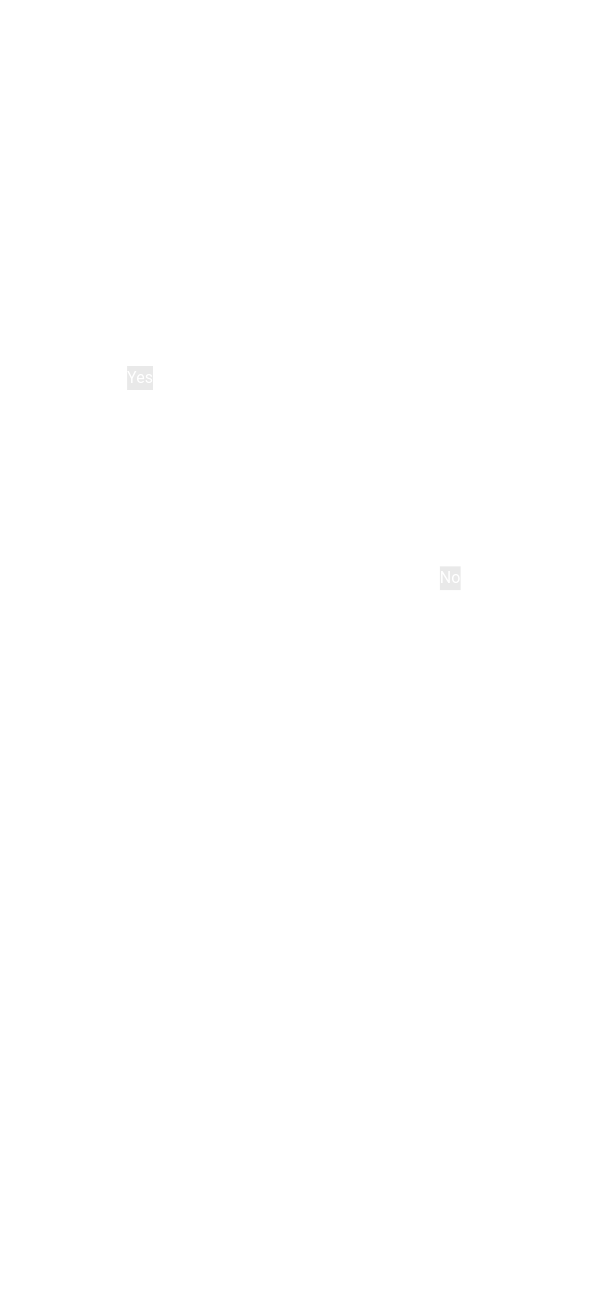
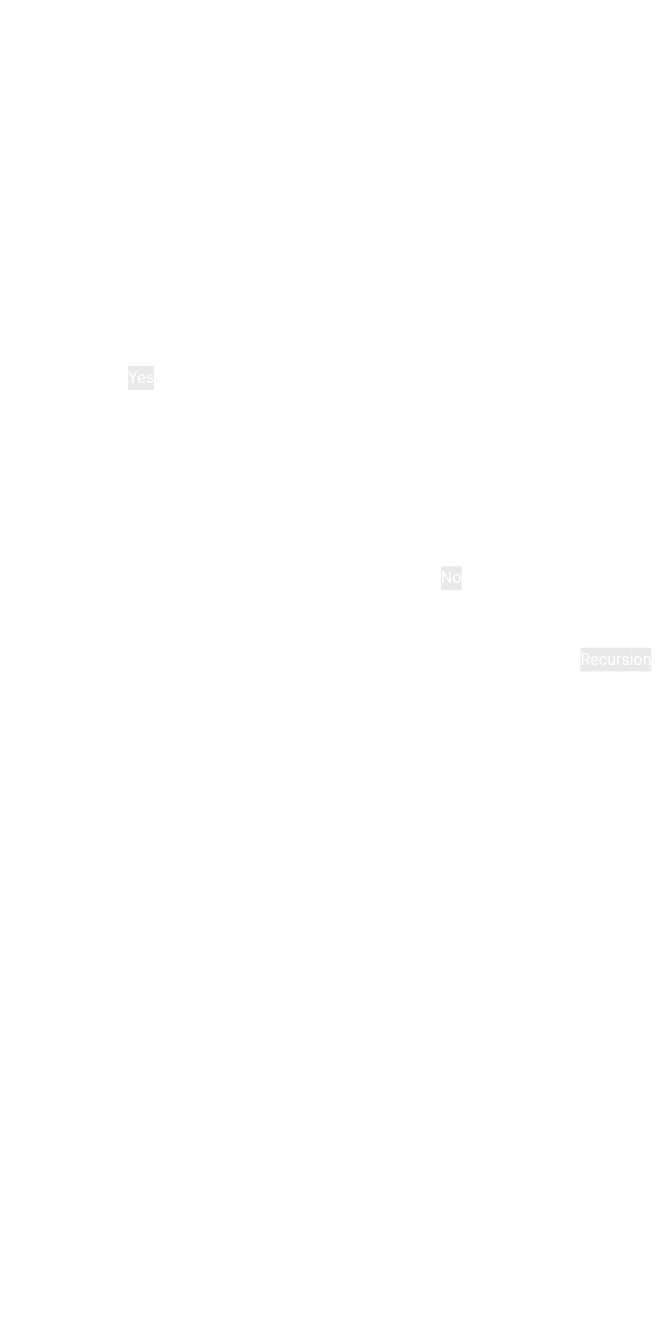
One commit to kamilrybacki/Phaistos changed the diagram in docs/getting-started/main-features.md. Above: the diagram before and after it, drawn with Mermaid.

Commit message:
refactor: Improve nested schema transpilation for dict-type fields

````diff
--- a/docs/getting-started/main-features.md
+++ b/docs/getting-started/main-features.md
@@ -26,26 +26,27 @@
 ```mermaid
 %%{
   init: {
     'themeVariables': {
       'lineColor': '#fff',
       'textColor': '#fff'
     }
   }
 }%%
 flowchart TD
     A[Parsing schema for custom data types in YAML manifests] --> B[Transpiling properties into Pydantic Field objects]
     B --> C{{Field contains custom data validator?}}
     C -->|Yes| C1[Extract validator code from schema]
     C1 --> C2[Inject into default validator function before return statement]
     C2 --> C3[Shadow critical Python modules e.g. block os module]
     C3 --> C4[Compile validator function and return]
     C -->|No| D[Skip custom code injection]
     C4 --> E[For list-type fields: add validation for each element type]
     D --> E
-    E --> F[For dict-type fields: transpile as nested schema recursively]
+    E --> F[For dict-type fields: transpile as nested schema]
+    F --> |Recursion|B
     F --> G[Create Pydantic model using transpiled data for validation]
 
 classDef blackAndWhite fill:none,stroke:#fff,stroke-width:2px,color:#fff,rx:5px,ry:5px,font-size:13px,font-family:Courier;
 class A,B,C,C1,C2,C3,C4,D,E,F,G blackAndWhite;
 linkStyle default stroke:#fff,stroke-width:2px;
 ```
````
